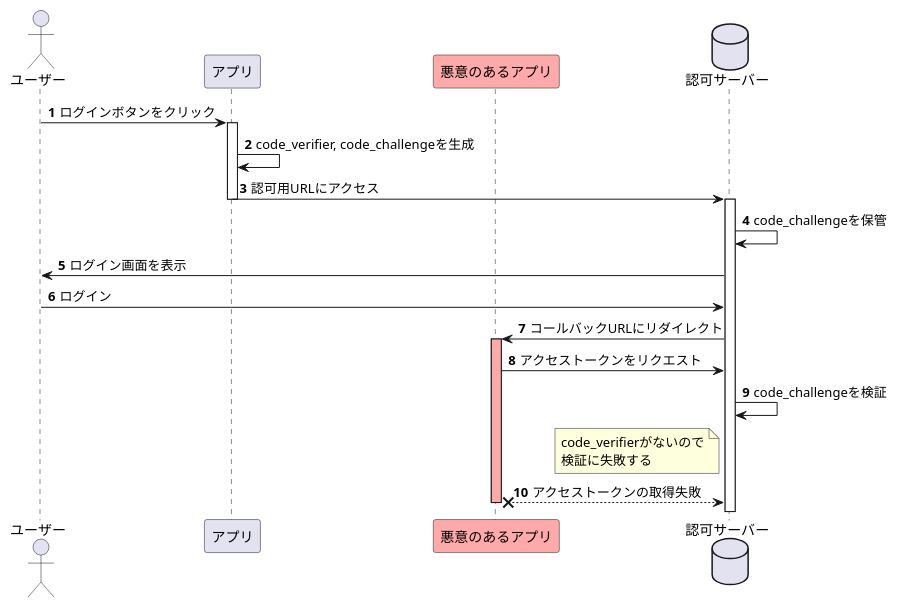
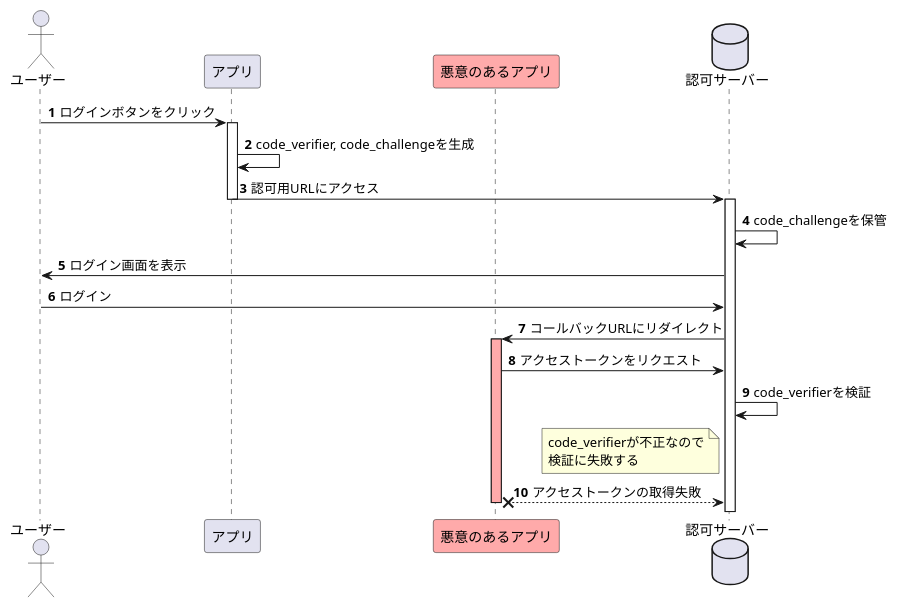
One commit to zenizh/line-sandbox changed the fourth of 4 diagrams in README.md. Above: the diagram before and after it, drawn with PlantUML. The commit also changed other lines of this file, not shown here.

````diff
--- a/README.md
+++ b/README.md
@@ -84,27 +84,27 @@
 ```plantuml
 @startuml
 
 autonumber
 
 actor ユーザー as User
 participant アプリ as App
 participant 悪意のあるアプリ as Malware #ffaaaa
 database 認可サーバー as Server
 
 User -> App ++ : ログインボタンをクリック
 App -> App : code_verifier, code_challengeを生成
 App -> Server --++ : 認可用URLにアクセス
 Server -> Server : code_challengeを保管
 User <- Server : ログイン画面を表示
 User -> Server : ログイン
 Malware <- Server ++ #ffaaaa : コールバックURLにリダイレクト
 Malware -> Server : アクセストークンをリクエスト
-Server -> Server : code_challengeを検証
+Server -> Server : code_verifierを検証
 note left Server
-code_verifierがないので
+code_verifierが不正なので
 検証に失敗する
 end note
 Malware x-- Server -- : アクセストークンの取得失敗
 
 @enduml
 ```
````
